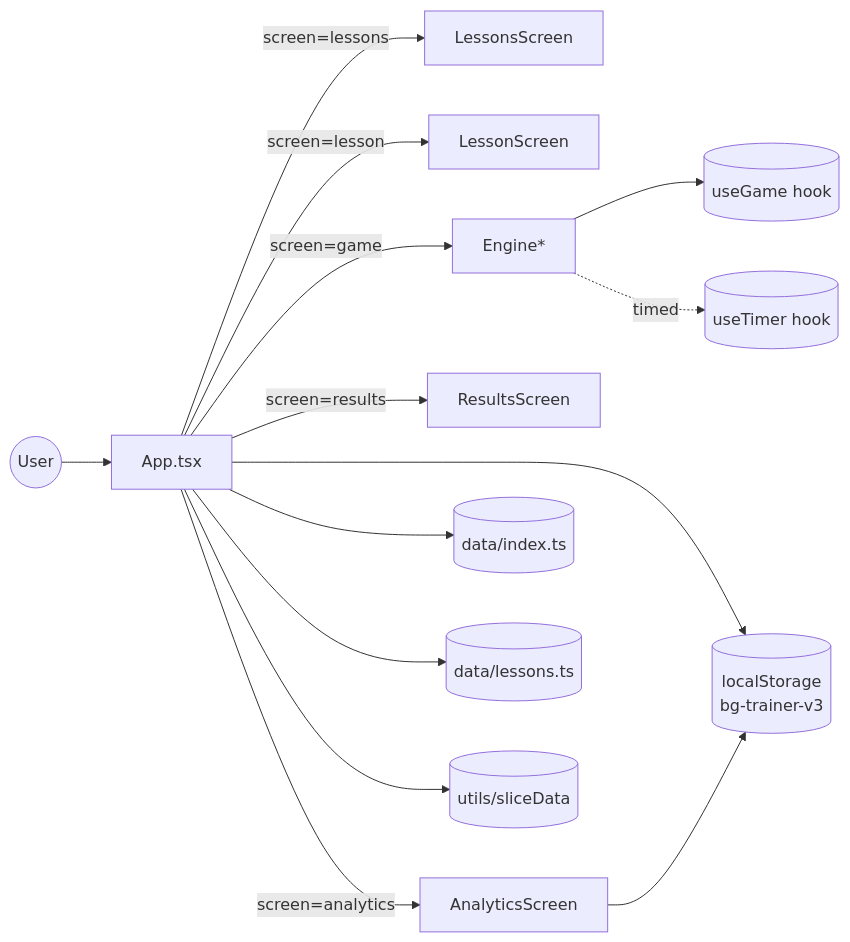
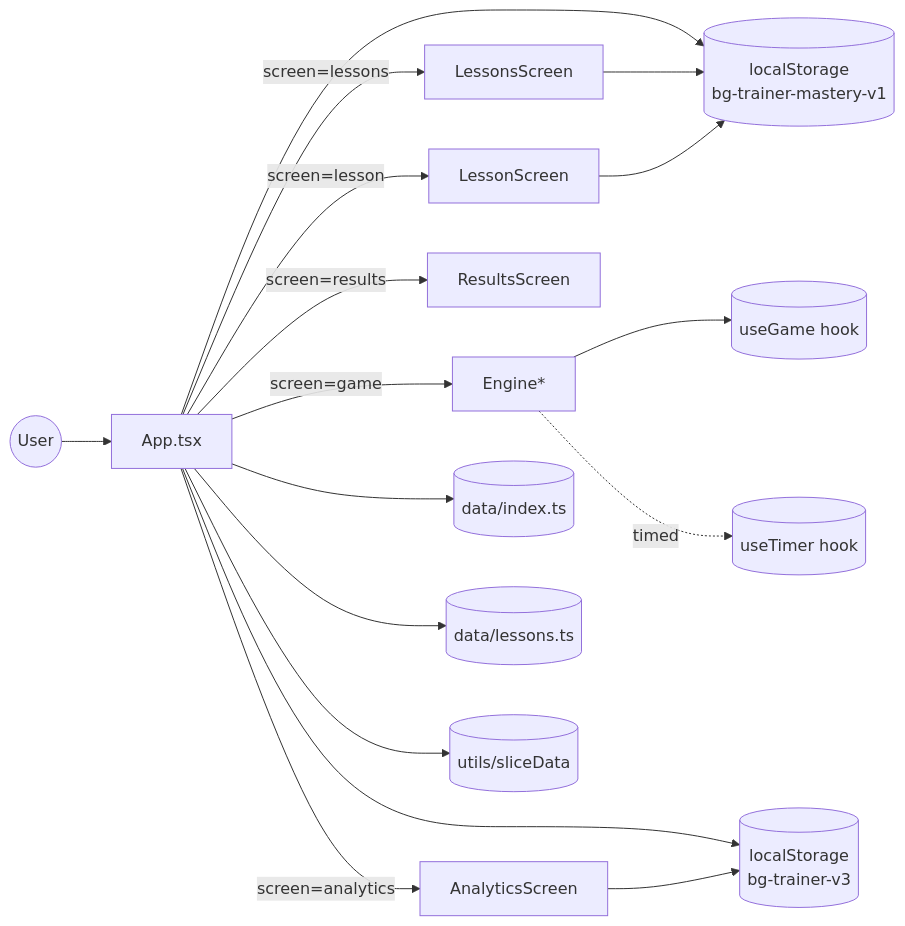
One commit to korchasa/bg-trainer changed the diagram in documents/design.md. Above: the diagram before and after it, drawn with Mermaid. The commit also changed other lines of this file and 16 other files, not shown here.

First line of the commit message:
feat: per-item mastery tracking with lesson progress bars

````diff
--- a/documents/design.md
+++ b/documents/design.md
@@ -9,16 +9,19 @@
   ```mermaid
   flowchart LR
     User((User)) --> App[App.tsx]
     App -->|screen=lessons| Lessons[LessonsScreen]
     App -->|screen=lesson| Lesson[LessonScreen]
     App -->|screen=game| Engine[Engine*]
     App -->|screen=results| Results[ResultsScreen]
     App -->|screen=analytics| Analytics[AnalyticsScreen]
     Engine --> useGame[(useGame hook)]
     Engine -.timed.-> useTimer[(useTimer hook)]
     App --> History[(localStorage\n bg-trainer-v3)]
+    App --> Mastery[(localStorage\n bg-trainer-mastery-v1)]
     Analytics --> History
+    Lessons --> Mastery
+    Lesson --> Mastery
     App --> Data[(data/index.ts)]
     App --> Lessons2[(data/lessons.ts)]
     App --> Slice[(utils/sliceData)]
   ```
````
